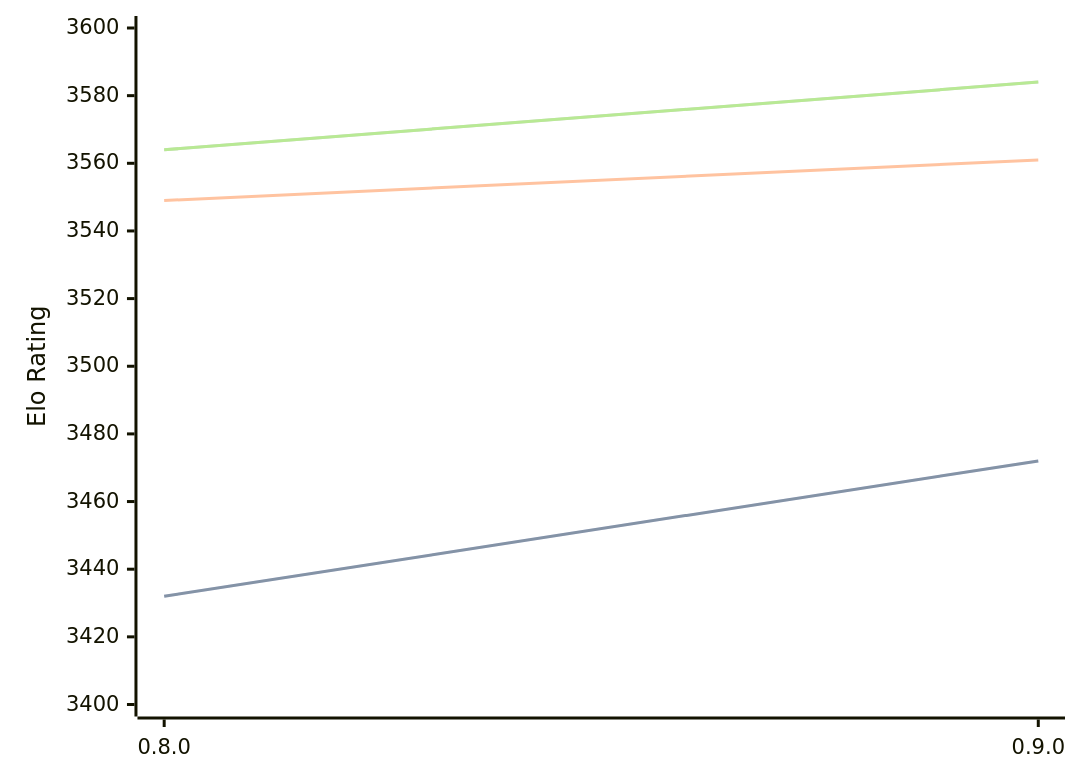
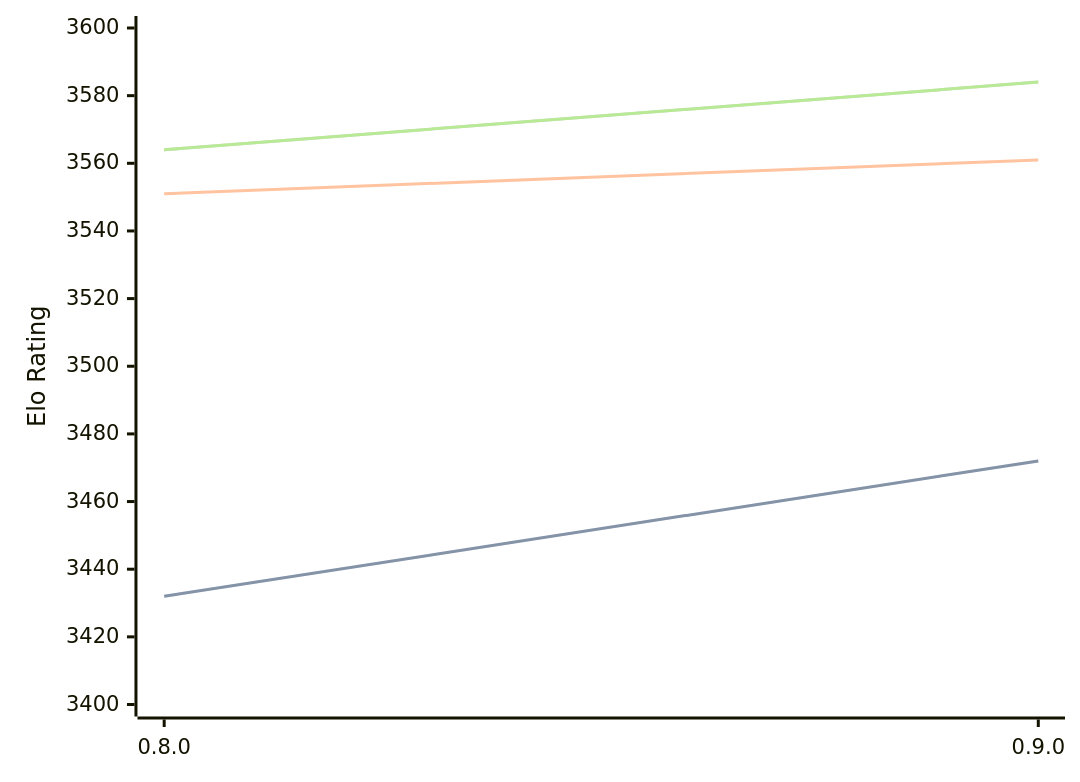
Before and after one commit to computer-chess-index/cci: the diagram in engines/Reckless.md, drawn with Mermaid. The commit also changed other lines of this file, not shown here.

````diff
--- a/engines/Reckless.md
+++ b/engines/Reckless.md
@@ -39,11 +39,11 @@
 ```mermaid
 %%{init: {"theme":"base","themeVariables":{"seriesColors:['#a3a3a3','#222221','#faa371']}}}%%
 xychart-beta
   x-axis ["0.8.0", "0.9.0"]
   y-axis "Elo Rating" 3400 --> 3600
   line "STC (8.0+0.08s)" [3432, 3472]
   line "STC (8.0+0.08s)" [3432, 3472]
-  line "LTC (60.0+0.60s)" [3549, 3561]
+  line "LTC (60.0+0.60s)" [3551, 3561]
   line "VLTC (2m24s+1.12s)" [3564, 3584]
   line "VLTC (2m24s+1.12s)" [3564, 3584]
 ```
````
